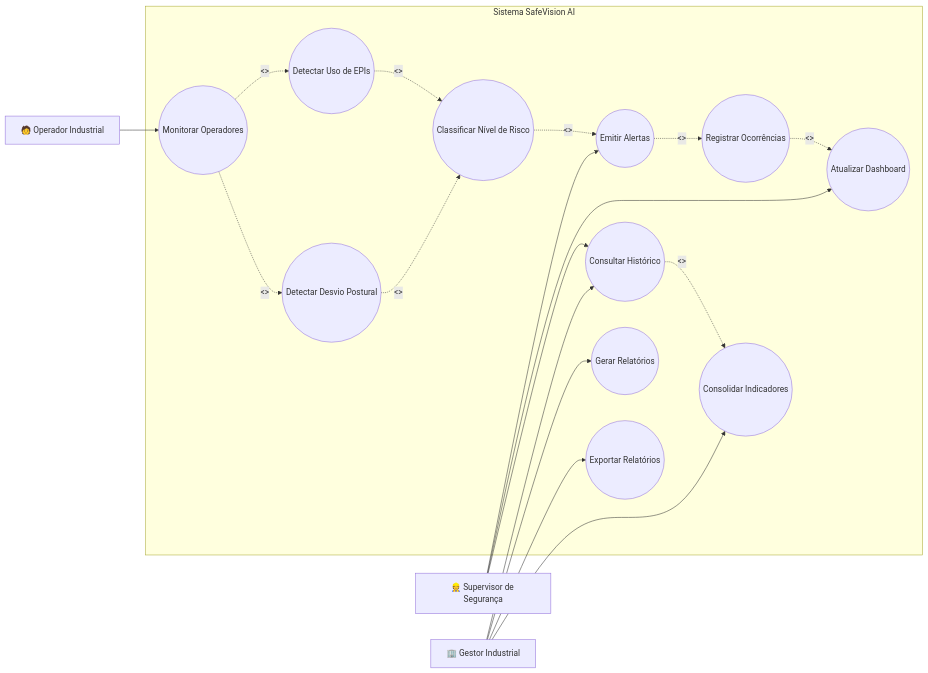
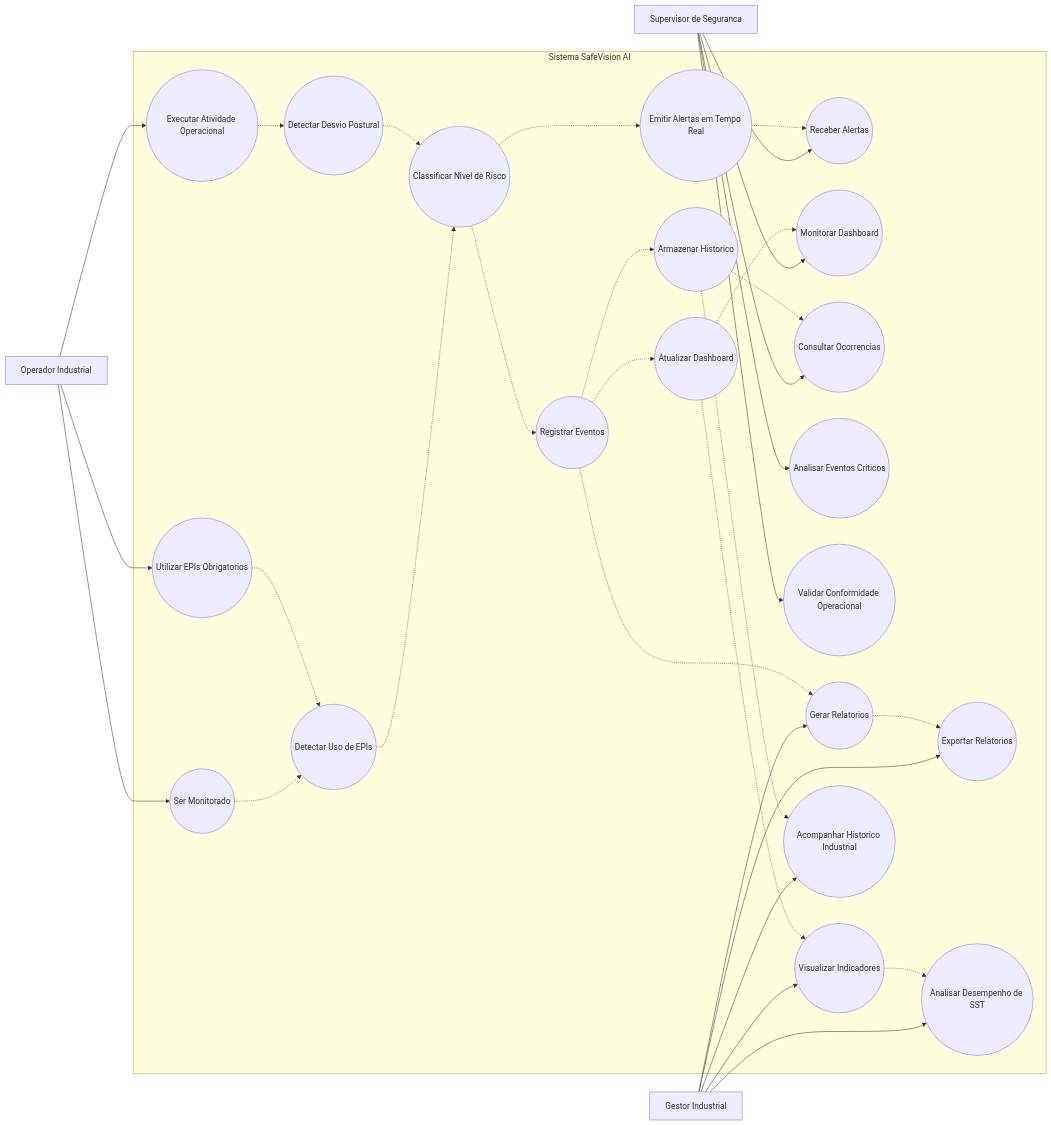
Before and after one commit to An4lu/SPRINT_EngenhariadeSoftware: the diagram in docs/diagramas/casos-de-uso.md, drawn with Mermaid. The commit also changed other lines of this file, not shown here.

Commit message:
fix(): melhorias diagrama caso de uso

````diff
--- a/docs/diagramas/casos-de-uso.md
+++ b/docs/diagramas/casos-de-uso.md
@@ -41,48 +18,96 @@
 ```mermaid
 flowchart LR
 
-Operador[🧑 Operador Industrial]
-Supervisor[👷 Supervisor de Segurança]
-Gestor[🏢 Gestor Industrial]
+%% ATORES
+
+Operador[Operador Industrial]
+Supervisor[Supervisor de Seguranca]
+Gestor[Gestor Industrial]
+
+%% SISTEMA
 
 subgraph SafeVisionAI [Sistema SafeVision AI]
 
-UC1((Monitorar Operadores))
-UC2((Detectar Uso de EPIs))
-UC3((Detectar Desvio Postural))
-UC4((Classificar Nível de Risco))
-UC5((Emitir Alertas))
-UC6((Atualizar Dashboard))
-UC7((Registrar Ocorrências))
-UC8((Consultar Histórico))
-UC9((Gerar Relatórios))
-UC10((Exportar Relatórios))
-UC11((Consolidar Indicadores))
+%% OPERADOR
+
+UC1((Ser Monitorado))
+UC2((Utilizar EPIs Obrigatorios))
+UC3((Executar Atividade Operacional))
+
+%% SUPERVISOR
+
+UC4((Receber Alertas))
+UC5((Monitorar Dashboard))
+UC6((Consultar Ocorrencias))
+UC7((Analisar Eventos Criticos))
+UC8((Validar Conformidade Operacional))
+
+%% GESTOR
+
+UC9((Visualizar Indicadores))
+UC10((Gerar Relatorios))
+UC11((Exportar Relatorios))
+UC12((Analisar Desempenho de SST))
+UC13((Acompanhar Historico Industrial))
+
+%% SISTEMA
+
+UC14((Detectar Uso de EPIs))
+UC15((Detectar Desvio Postural))
+UC16((Classificar Nivel de Risco))
+UC17((Registrar Eventos))
+UC18((Atualizar Dashboard))
+UC19((Armazenar Historico))
+UC20((Emitir Alertas em Tempo Real))
 
 end
 
+%% RELACIONAMENTOS OPERADOR
+
 Operador --> UC1
+Operador --> UC2
+Operador --> UC3
 
-UC1 -. "<<include>>" .-> UC2
-UC1 -. "<<include>>" .-> UC3
+%% RELACIONAMENTOS SUPERVISOR
 
-UC2 -. "<<include>>" .-> UC4
-UC3 -. "<<include>>" .-> UC4
-
-UC4 -. "<<include>>" .-> UC5
-
-UC5 -. "<<include>>" .-> UC7
-
-UC7 -. "<<include>>" .-> UC6
-
-UC8 -. "<<include>>" .-> UC11
-
+Supervisor --> UC4
 Supervisor --> UC5
 Supervisor --> UC6
+Supervisor --> UC7
 Supervisor --> UC8
 
-Gestor --> UC8
+%% RELACIONAMENTOS GESTOR
+
 Gestor --> UC9
 Gestor --> UC10
 Gestor --> UC11
+Gestor --> UC12
+Gestor --> UC13
+
+%% FLUXOS INTERNOS
+
+UC1 -.-> UC14
+UC2 -.-> UC14
+
+UC3 -.-> UC15
+
+UC14 -.-> UC16
+UC15 -.-> UC16
+
+UC16 -.-> UC17
+UC17 -.-> UC18
+UC17 -.-> UC19
+UC16 -.-> UC20
+
+UC20 -.-> UC4
+UC18 -.-> UC5
+
+UC19 -.-> UC6
+UC19 -.-> UC13
+
+UC17 -.-> UC10
+UC10 -.-> UC11
+
+UC18 -.-> UC9
+UC9 -.-> UC12
 ```
````
